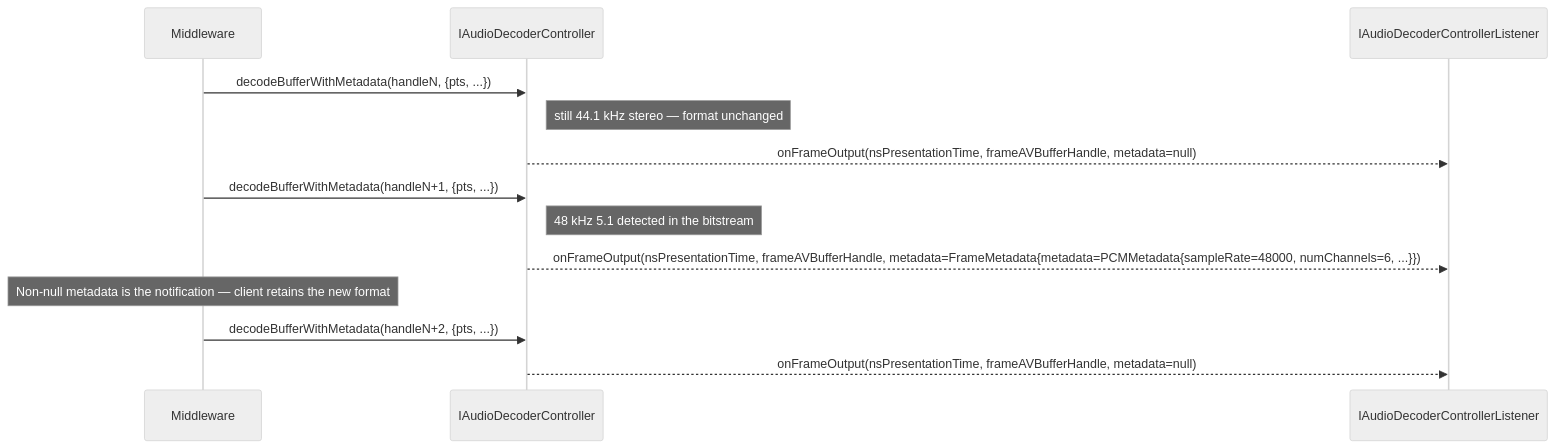
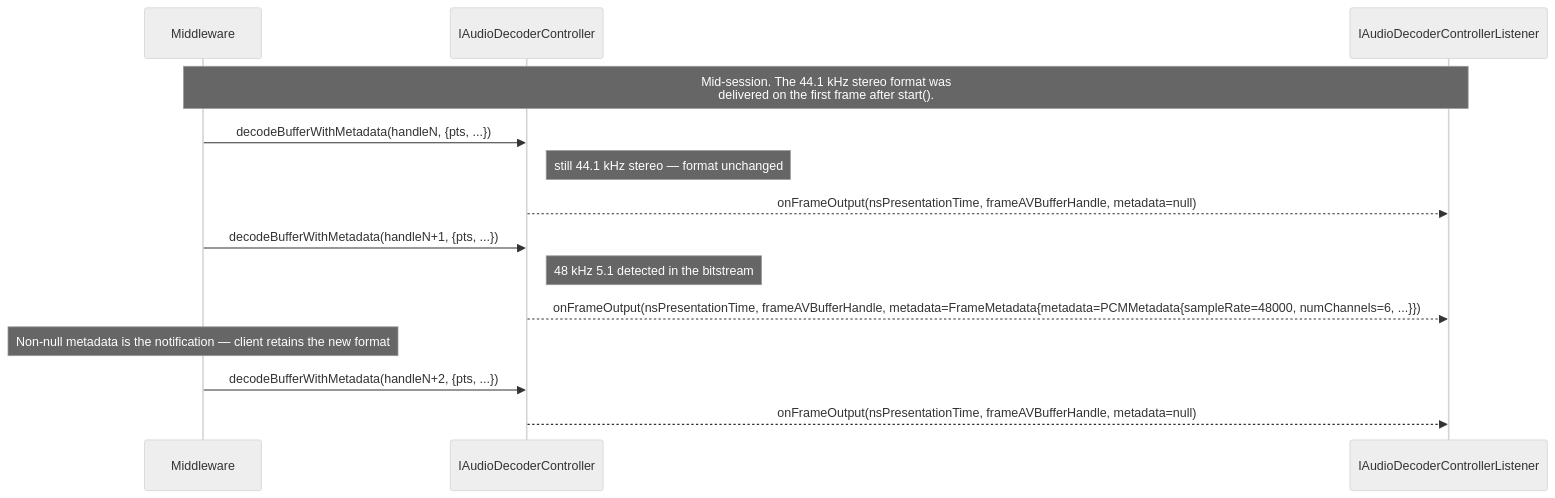
The third of 6 diagrams in audiodecoder/current/docs/audio_decoder.md (rdkcentral/rdk-halif-aidl), drawn with Mermaid (neutral theme) before and after one commit. The commit also changed 1 other file, not shown here.

Commit message:
docs(audiodecoder): mark the diagram mid-session and name the PCMMetadata carrier
The diagram opened on a frame with metadata=null, which could be read as
the first frame after start() carrying null - the opposite of the rule
stated just above it. A note now places the diagram mid-session.

PCMMetadata's class comment said FrameMetadata 'holds' numChannels /
channelTypes / sampleRate; those live on PCMMetadata, reached via
FrameMetadata.metadata. Named explicitly.

Raised by Copilot review.

````diff
--- a/audiodecoder/current/docs/audio_decoder.md
+++ b/audiodecoder/current/docs/audio_decoder.md
@@ -329,15 +329,16 @@
 ```mermaid
 sequenceDiagram
     participant MW as Middleware
     participant Dec as IAudioDecoderController
     participant Listener as IAudioDecoderControllerListener
+    Note over MW,Listener: Mid-session. The 44.1 kHz stereo format was<br/>delivered on the first frame after start().
     MW->>Dec: decodeBufferWithMetadata(handleN, {pts, ...})
     Note right of Dec: still 44.1 kHz stereo — format unchanged
     Dec-->>Listener: onFrameOutput(nsPresentationTime, frameAVBufferHandle, metadata=null)
     MW->>Dec: decodeBufferWithMetadata(handleN+1, {pts, ...})
     Note right of Dec: 48 kHz 5.1 detected in the bitstream
     Dec-->>Listener: onFrameOutput(nsPresentationTime, frameAVBufferHandle, metadata=FrameMetadata{metadata=PCMMetadata{sampleRate=48000, numChannels=6, ...}})
     Note over MW: Non-null metadata is the notification — client retains the new format
     MW->>Dec: decodeBufferWithMetadata(handleN+2, {pts, ...})
     Dec-->>Listener: onFrameOutput(nsPresentationTime, frameAVBufferHandle, metadata=null)
 ```
````
